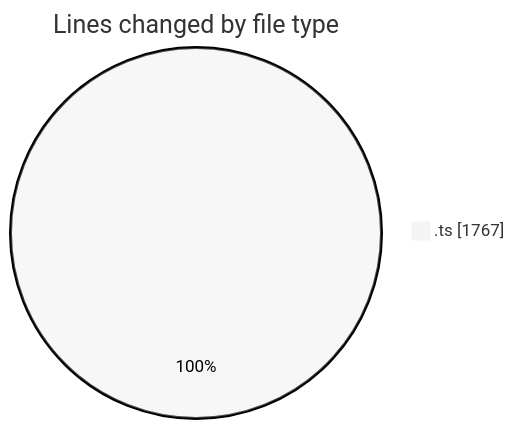
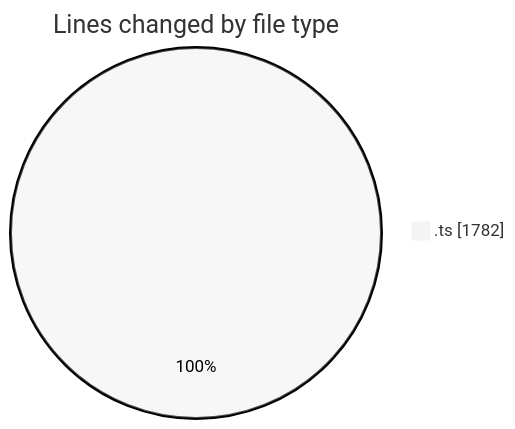
One commit to momahboobian/code-tracking changed the first of 2 diagrams in 2025-08-07/cda/README.md. Above: the diagram before and after it, drawn with Mermaid (neutral theme). The commit also changed other lines of this file and 1 other file, not shown here.

````diff
--- a/2025-08-07/cda/README.md
+++ b/2025-08-07/cda/README.md
@@ -23,5 +23,5 @@
 ```mermaid
 pie showData
 title Lines changed by file type
-".ts" : 1767
+".ts" : 1782
 ```
````
